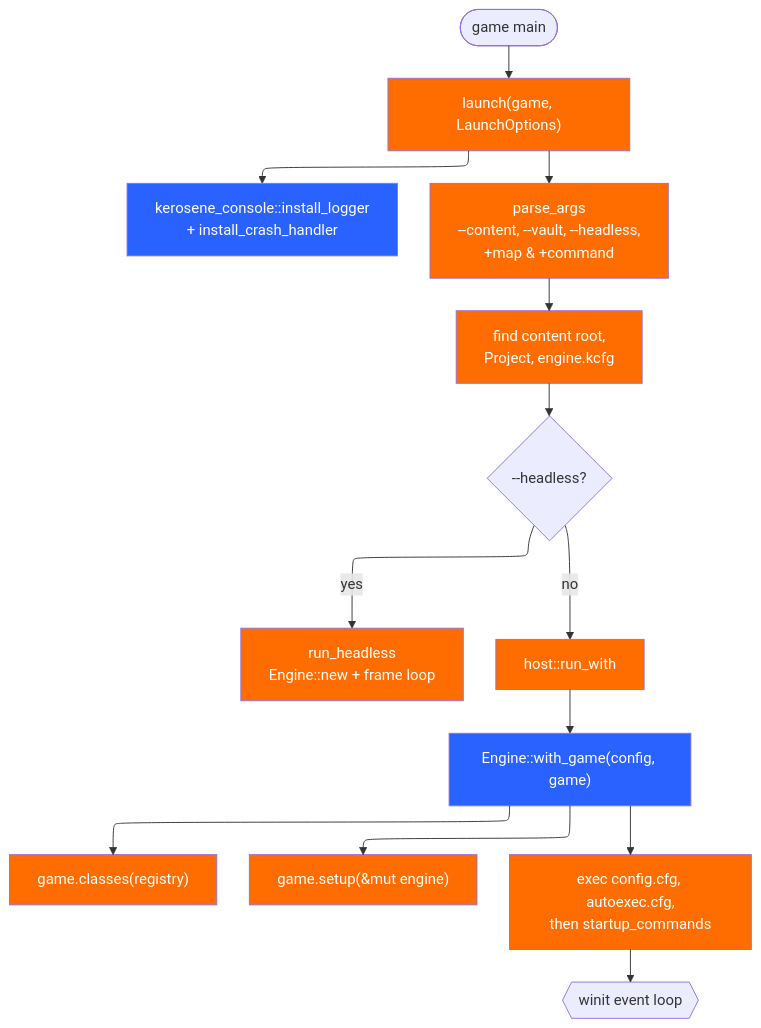
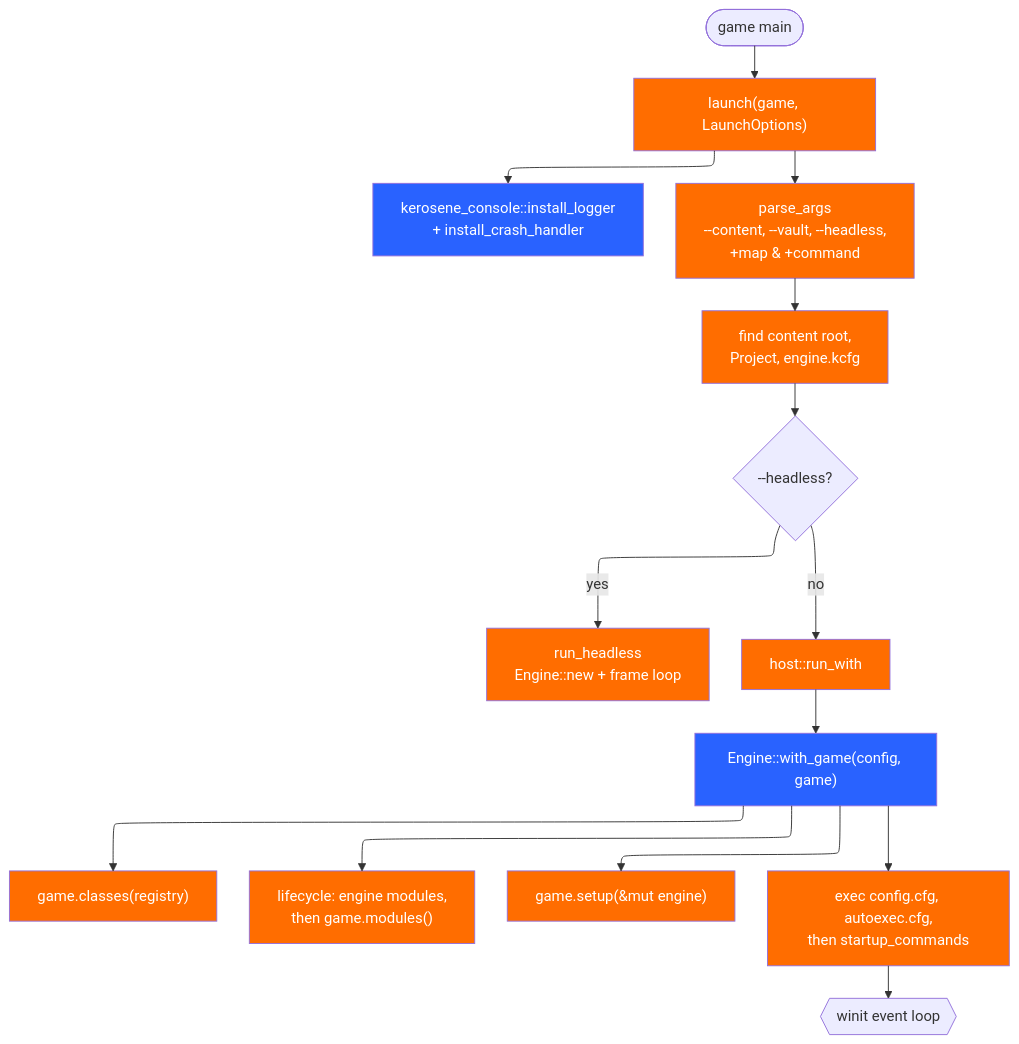
The first of 4 diagrams in src/devnotes/runtime-tick.md (T342guy/Kerosene), drawn with Mermaid before and after one commit. The commit also changed other lines of this file and 30 other files, not shown here.

````diff
--- a/src/devnotes/runtime-tick.md
+++ b/src/devnotes/runtime-tick.md
@@ -18,24 +18,25 @@
 ```mermaid
 ---
 config:
   layout: elk
 ---
 flowchart TB
     main(["game main"]) --> launch["launch(game, LaunchOptions)"]
     launch --> logger["kerosene_console::install_logger<br/>+ install_crash_handler"]
     launch --> args["parse_args<br/>--content, --vault, --headless,<br/>+map &amp; +command"]
     args --> resolve["find content root,<br/>Project, engine.kcfg"]
     resolve --> choice{"--headless?"}
     choice -- yes --> headless["run_headless<br/>Engine::new + frame loop"]
     choice -- no --> host["host::run_with"]
     host --> engine["Engine::with_game(config, game)"]
     engine --> classes["game.classes(registry)"]
+    engine --> modules["lifecycle: engine modules,<br/>then game.modules()"]
     engine --> setup["game.setup(&amp;mut engine)"]
     engine --> cfgs["exec config.cfg, autoexec.cfg,<br/>then startup_commands"]
     cfgs --> loop{{"winit event loop"}}
 
     classDef proc fill:#FF6D00,color:#fff
     classDef data fill:#2962FF,color:#fff
-    class launch,args,resolve,headless,host,classes,setup,cfgs proc
+    class launch,args,resolve,headless,host,classes,modules,setup,cfgs proc
     class logger,engine data
 ```
````
